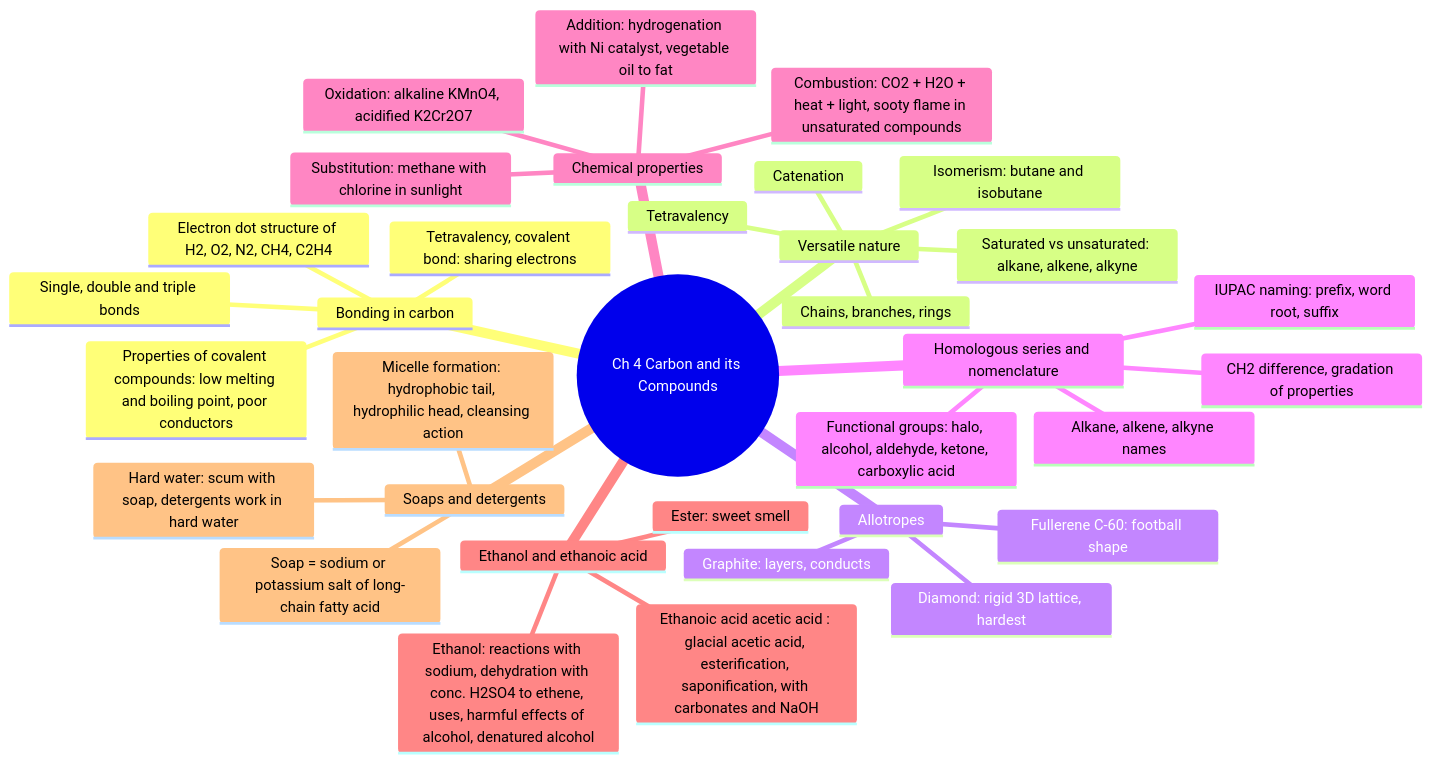
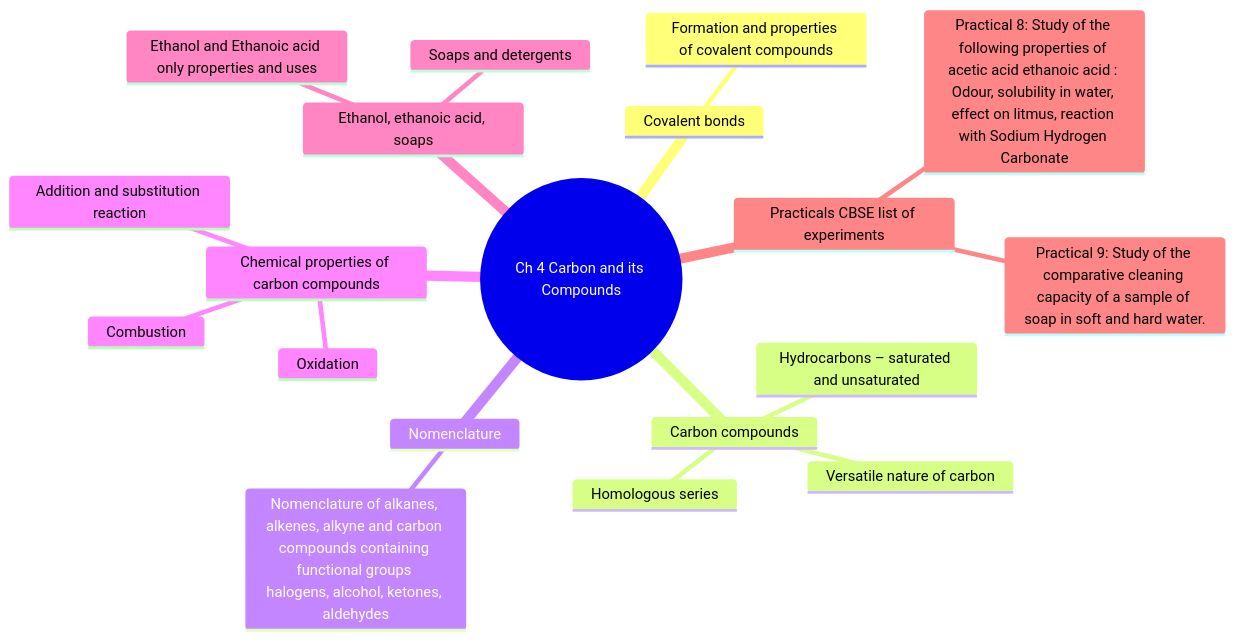
The diagram in docs/chapters/X-04-carbon-and-its-compounds.md (anveshix/ifinite-horizon), drawn with Mermaid before and after one commit. The commit also changed other lines of this file and 22 other files, not shown here.

First line of the commit message:
fix(mindmap): rebuild Class X deep maps from the CBSE 2026-27 PDF; correct formative-only scope (Evolution, Motor/EMI/Generator only); add PDF-derived inventory

````diff
--- a/docs/chapters/X-04-carbon-and-its-compounds.md
+++ b/docs/chapters/X-04-carbon-and-its-compounds.md
@@ -5,37 +5,22 @@
 ```mermaid
 mindmap
   root((Ch 4 Carbon and its Compounds))
-    Bonding in carbon
-      Tetravalency, covalent bond: sharing electrons
-      Single, double and triple bonds
-      Electron dot structure of H2, O2, N2, CH4, C2H4
-      Properties of covalent compounds: low melting and boiling point, poor conductors
-    Versatile nature
-      Catenation
-      Tetravalency
-      Chains, branches, rings
-      Saturated vs unsaturated: alkane, alkene, alkyne
-      Isomerism: butane and isobutane
-    Allotropes
-      Diamond: rigid 3D lattice, hardest
-      Graphite: layers, conducts
-      Fullerene C-60: football shape
-    Homologous series and nomenclature
-      CH2 difference, gradation of properties
-      Functional groups: halo, alcohol, aldehyde, ketone, carboxylic acid
-      IUPAC naming: prefix, word root, suffix
-      Alkane, alkene, alkyne names
-    Chemical properties
-      Combustion: CO2 + H2O + heat + light, sooty flame in unsaturated compounds
-      Oxidation: alkaline KMnO4, acidified K2Cr2O7
-      Addition: hydrogenation with Ni catalyst, vegetable oil to fat
-      Substitution: methane with chlorine in sunlight
-    Ethanol and ethanoic acid
-      Ethanol: reactions with sodium, dehydration with conc. H2SO4 to ethene, uses, harmful effects of alcohol, denatured alcohol
-      Ethanoic acid acetic acid : glacial acetic acid, esterification, saponification, with carbonates and NaOH
-      Ester: sweet smell
-    Soaps and detergents
-      Soap = sodium or potassium salt of long-chain fatty acid
-      Micelle formation: hydrophobic tail, hydrophilic head, cleansing action
-      Hard water: scum with soap, detergents work in hard water
+    Covalent bonds
+      Formation and properties of covalent compounds
+    Carbon compounds
+      Versatile nature of carbon
+      Hydrocarbons – saturated and unsaturated
+      Homologous series
+    Nomenclature
+      Nomenclature of alkanes, alkenes, alkyne and carbon compounds containing functional groups halogens, alcohol, ketones, aldehydes
+    Chemical properties of carbon compounds
+      Combustion
+      Oxidation
+      Addition and substitution reaction
+    Ethanol, ethanoic acid, soaps
+      Ethanol and Ethanoic acid only properties and uses
+      Soaps and detergents
+    Practicals CBSE list of experiments
+      Practical 8: Study of the following properties of acetic acid ethanoic acid : Odour, solubility in water, effect on litmus, reaction with Sodium Hydrogen Carbonate
+      Practical 9: Study of the comparative cleaning capacity of a sample of soap in soft and hard water.
 ```
````
